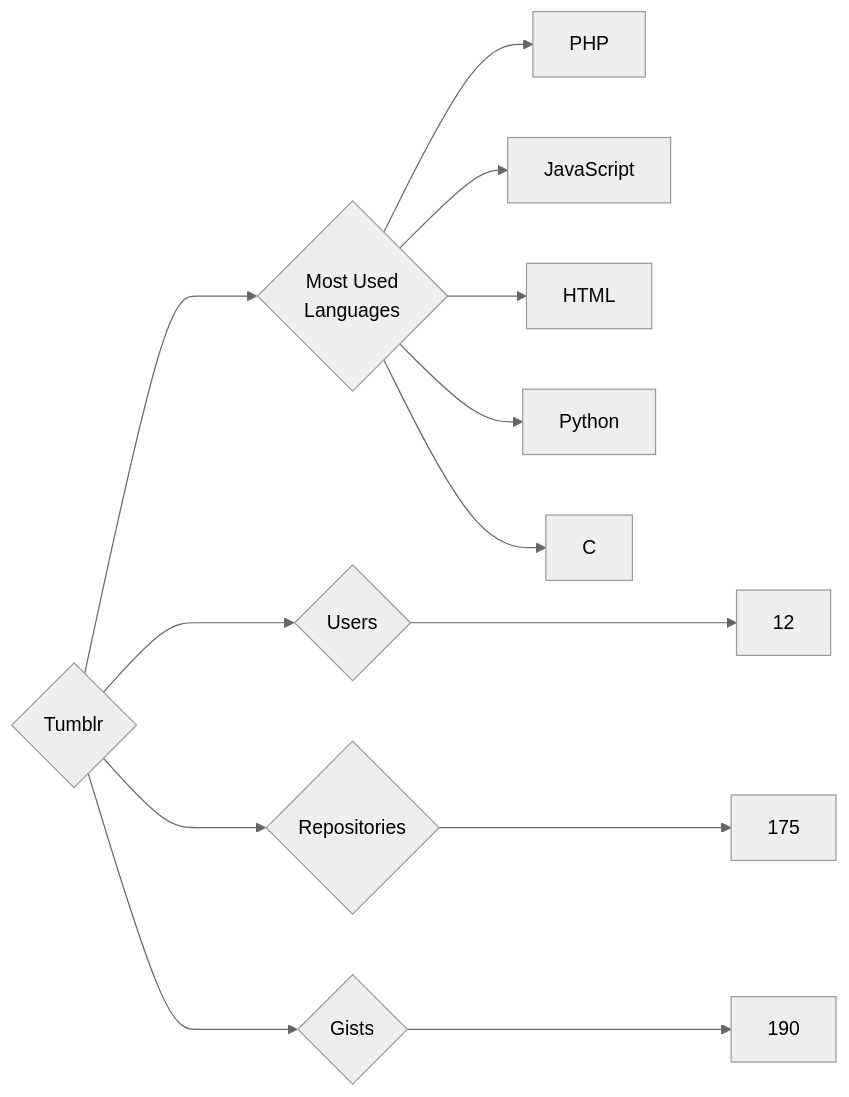
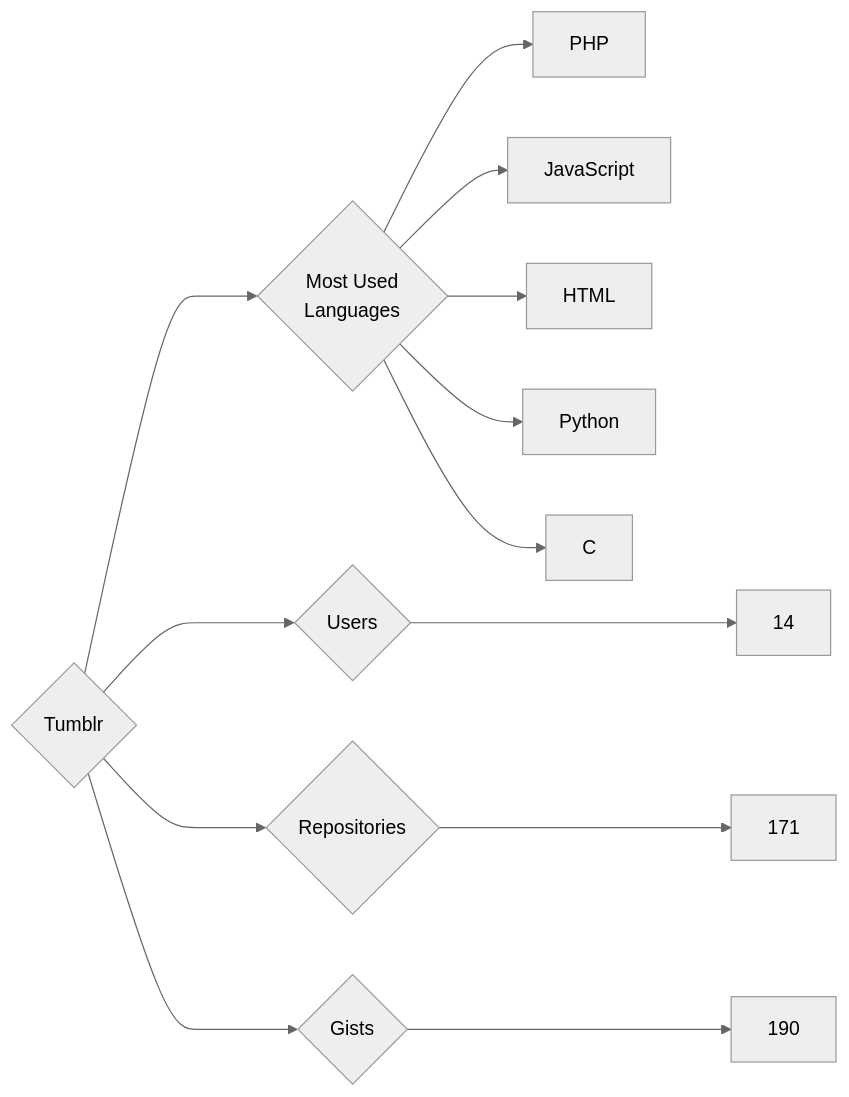
The diagram in targets/Tumblr/README.md (trickest/insiders), drawn with Mermaid (neutral theme) before and after one commit. The commit also changed 1389 other files, not shown here.

````diff
--- a/targets/Tumblr/README.md
+++ b/targets/Tumblr/README.md
@@ -3,13 +3,13 @@
 ```mermaid
 graph LR
 COMPANY_NAME{Tumblr}
-COMPANY_NAME ---> U{Users} ---> UN[12]
-COMPANY_NAME ---> R{Repositories} ---> RN[175]
+COMPANY_NAME ---> U{Users} ---> UN[14]
+COMPANY_NAME ---> R{Repositories} ---> RN[171]
 COMPANY_NAME ---> G{Gists} ---> GN[190]
 COMPANY_NAME ---> ML{Most Used<br>Languages}
 ML --> PHP[PHP]
 ML --> JavaScript[JavaScript]
 ML --> HTML[HTML]
 ML --> Python[Python]
 ML --> C[C]
 ```
````
